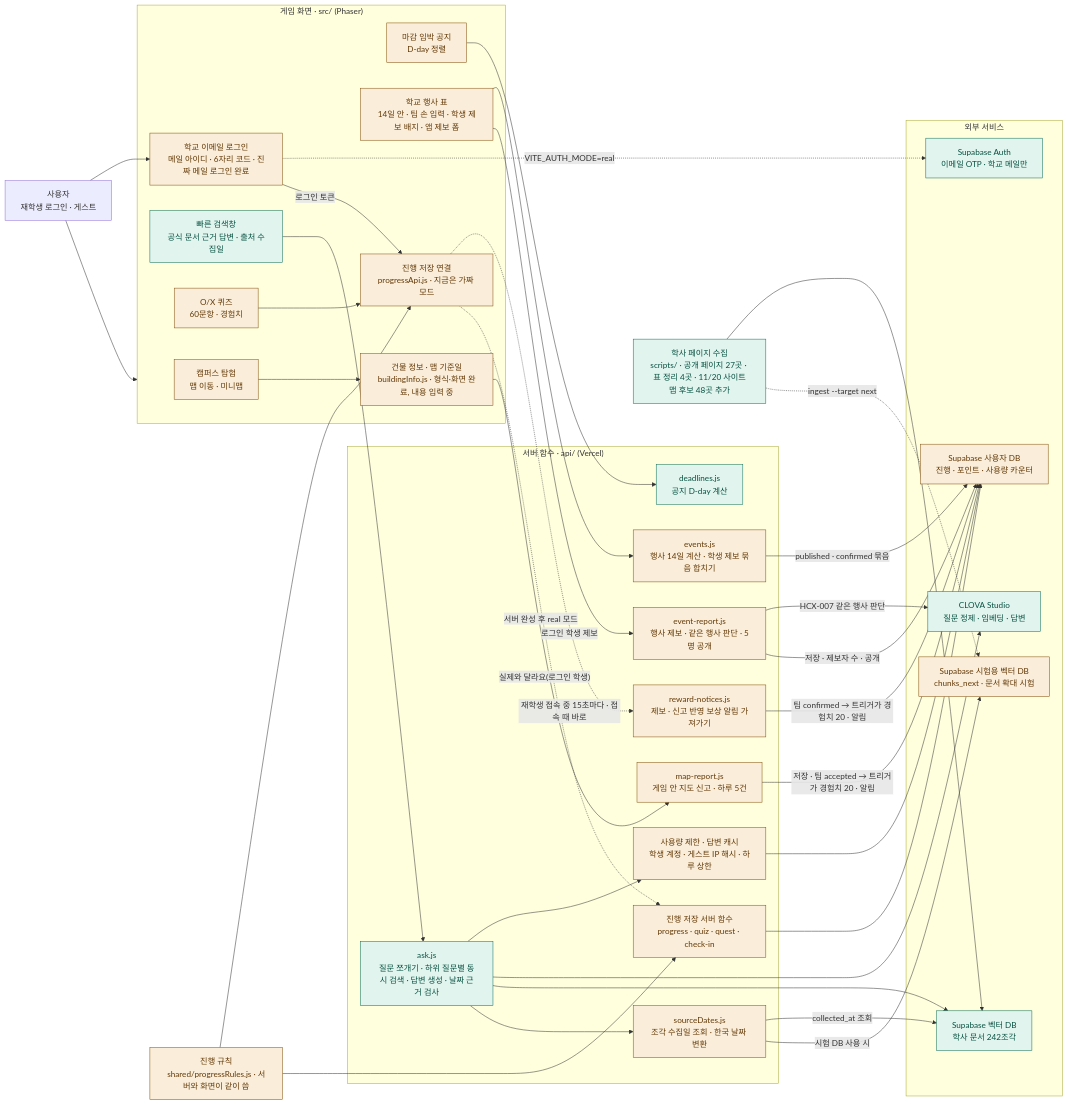
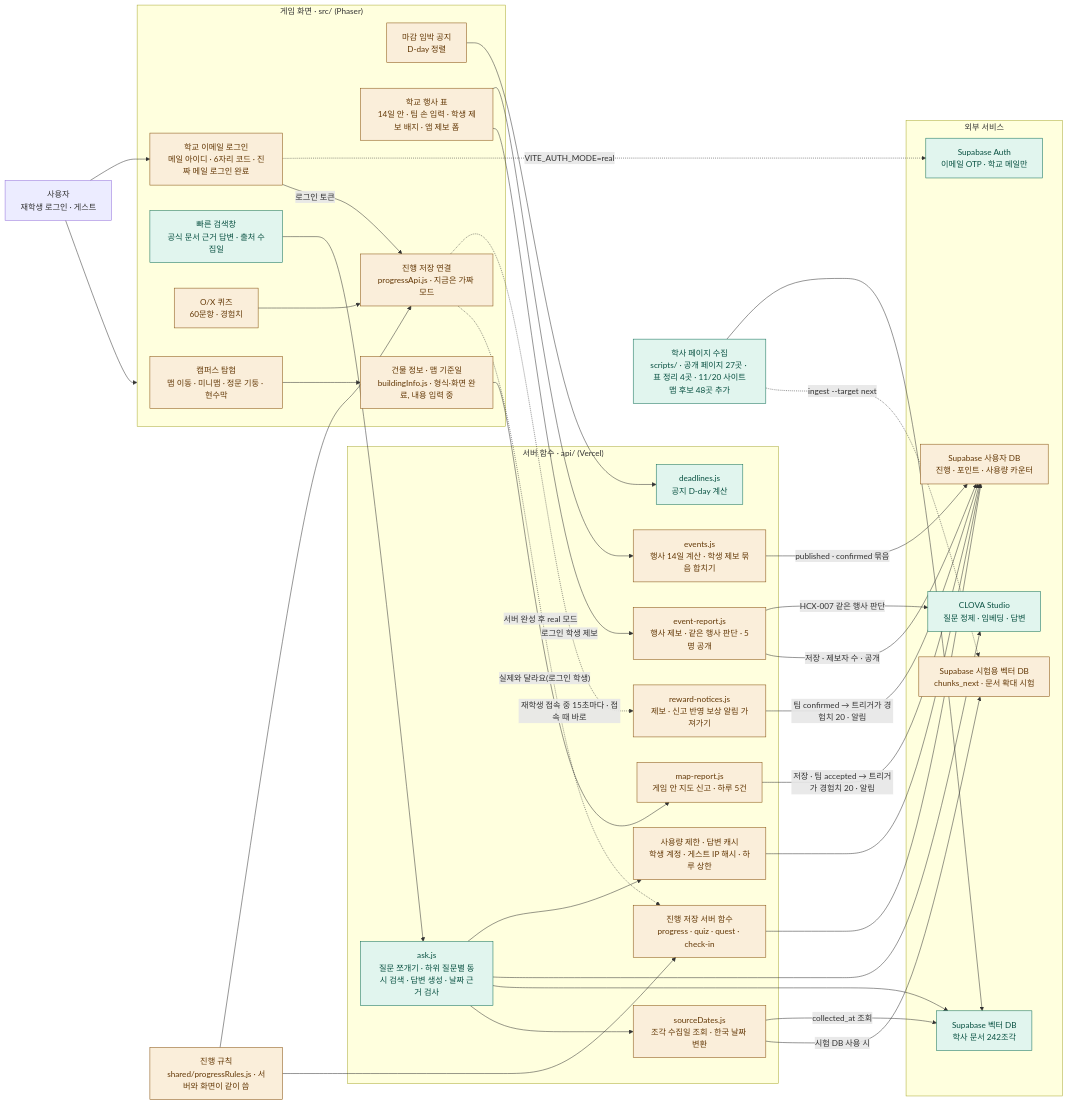
The diagram in docs/ARCHITECTURE.md (202502859-source/hufs-quest), drawn with Mermaid before and after one commit. The commit also changed other lines of this file and 12 other files, not shown here.

````diff
--- a/docs/ARCHITECTURE.md
+++ b/docs/ARCHITECTURE.md
@@ -8,77 +8,77 @@
 ```mermaid
 flowchart LR
     user["사용자<br/>재학생 로그인 · 게스트"]
 
     subgraph game["게임 화면 · src/ (Phaser)"]
-        explore["캠퍼스 탐험<br/>맵 이동 · 미니맵"]
+        explore["캠퍼스 탐험<br/>맵 이동 · 미니맵 · 정문 기둥 · 현수막"]
         search["빠른 검색창<br/>공식 문서 근거 답변 · 출처 수집일"]
         quiz["O/X 퀴즈<br/>60문항 · 경험치"]
         notice["마감 임박 공지<br/>D-day 정렬"]
         events["학교 행사 표<br/>14일 안 · 팀 손 입력 · 학생 제보 배지 · 앱 제보 폼"]
         mapInfo["건물 정보 · 맵 기준일<br/>buildingInfo.js · 형식·화면 완료, 내용 입력 중"]
         progress["진행 저장 연결<br/>progressApi.js · 지금은 가짜 모드"]
         login["학교 이메일 로그인<br/>메일 아이디 · 6자리 코드 · 진짜 메일 로그인 완료"]
     end
 
     rules["진행 규칙<br/>shared/progressRules.js · 서버와 화면이 같이 씀"]
 
     subgraph server["서버 함수 · api/ (Vercel)"]
         ask["ask.js<br/>질문 쪼개기 · 하위 질문별 동시 검색 · 답변 생성 · 날짜 근거 검사"]
         sourceDates["sourceDates.js<br/>조각 수집일 조회 · 한국 날짜 변환"]
         deadlines["deadlines.js<br/>공지 D-day 계산"]
         eventsApi["events.js<br/>행사 14일 계산 · 학생 제보 묶음 합치기"]
         eventReport["event-report.js<br/>행사 제보 · 같은 행사 판단 · 5명 공개"]
         rewardNotice["reward-notices.js<br/>제보 · 신고 반영 보상 알림 가져가기"]
         mapReport["map-report.js<br/>게임 안 지도 신고 · 하루 5건"]
         newApi["진행 저장 서버 함수<br/>progress · quiz · quest · check-in"]
         limiter["사용량 제한 · 답변 캐시<br/>학생 계정 · 게스트 IP 해시 · 하루 상한"]
     end
 
     subgraph external["외부 서비스"]
         clova["CLOVA Studio<br/>질문 정제 · 임베딩 · 답변"]
         supaAuth["Supabase Auth<br/>이메일 OTP · 학교 메일만"]
         vector["Supabase 벡터 DB<br/>학사 문서 242조각"]
         userDb["Supabase 사용자 DB<br/>진행 · 포인트 · 사용량 카운터"]
         vectorNext["Supabase 시험용 벡터 DB<br/>chunks_next · 문서 확대 시험"]
     end
 
     collect["학사 페이지 수집<br/>scripts/ · 공개 페이지 27곳 · 표 정리 4곳 · 11/20 사이트맵 후보 48곳 추가"]
 
     user --> game
     user --> login
     login -.->|"VITE_AUTH_MODE=real"| supaAuth
     login -->|"로그인 토큰"| progress
     search --> ask
     notice --> deadlines
     events --> eventsApi
     events -->|"로그인 학생 제보"| eventReport
     eventsApi -->|"published · confirmed 묶음"| userDb
     eventReport -->|"HCX-007 같은 행사 판단"| clova
     eventReport -->|"저장 · 제보자 수 · 공개"| userDb
     progress -.->|"재학생 접속 중 15초마다 · 접속 때 바로"| rewardNotice
     rewardNotice -->|"팀 confirmed → 트리거가 경험치 20 · 알림"| userDb
     mapInfo -->|"실제와 달라요(로그인 학생)"| mapReport
     mapReport -->|"저장 · 팀 accepted → 트리거가 경험치 20 · 알림"| userDb
     quiz --> progress
     progress -.->|"서버 완성 후 real 모드"| newApi
     rules --> progress
     rules --> newApi
     explore --> mapInfo
     ask --> limiter
     limiter --> userDb
     ask --> clova
     ask --> vector
     ask --> sourceDates
     sourceDates -->|"collected_at 조회"| vector
     sourceDates -->|"시험 DB 사용 시"| vectorNext
     newApi --> userDb
     collect --> vector
     collect -.->|"ingest --target next"| vectorNext
 
     classDef done fill:#E1F5EE,stroke:#0F6E56,color:#085041
     classDef partial fill:#FAEEDA,stroke:#854F0B,color:#633806
     classDef todo fill:#FAECE7,stroke:#993C1D,color:#712B13,stroke-dasharray:5 3
 
     class search,ask,deadlines,clova,vector,collect,supaAuth done
     class explore,quiz,notice,progress,rules,userDb,login,limiter,mapInfo,newApi,vectorNext,events,eventsApi,sourceDates,eventReport,rewardNotice,mapReport partial
 ```
````
